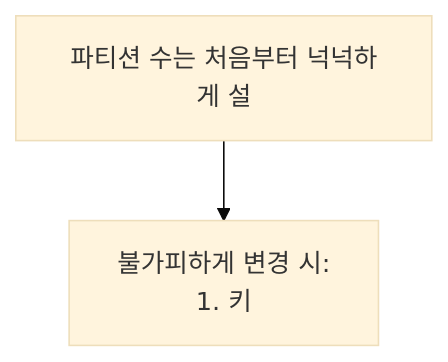
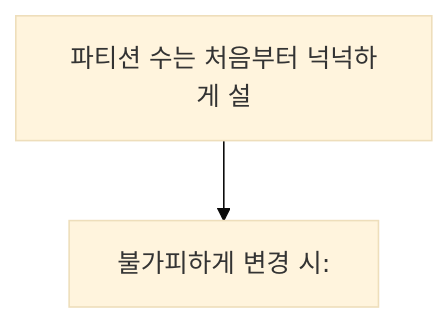
One commit to yjkim2015/yjkim2015.github.io changed the ninth of 21 diagrams in _posts/kafka/2026-05-01-kafka-extreme-scenarios.md. Above: the diagram before and after it, drawn with Mermaid (base theme). The commit also changed other lines of this file and 217 other files, not shown here.

First line of the commit message:
Mermaid 크기 수정: useMaxWidth:true + SVG max-width:100% + 라벨 축소

````diff
--- a/_posts/kafka/2026-05-01-kafka-extreme-scenarios.md
+++ b/_posts/kafka/2026-05-01-kafka-extreme-scenarios.md
@@ -265,6 +265,6 @@
 ```mermaid
 graph TD
     RULE1["파티션 수는 처음부터 넉넉하게 설"]
-    RULE2["불가피하게 변경 시:\n1. 키"]
+    RULE2["불가피하게 변경 시:"]
     RULE1 --> RULE2
 ```
````
